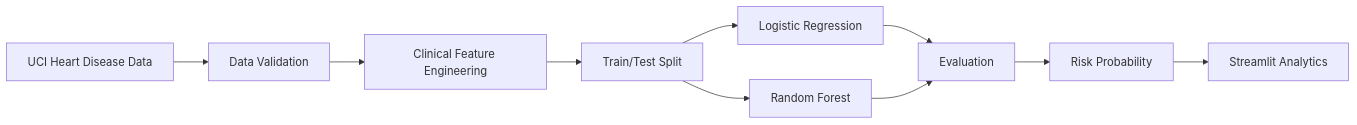
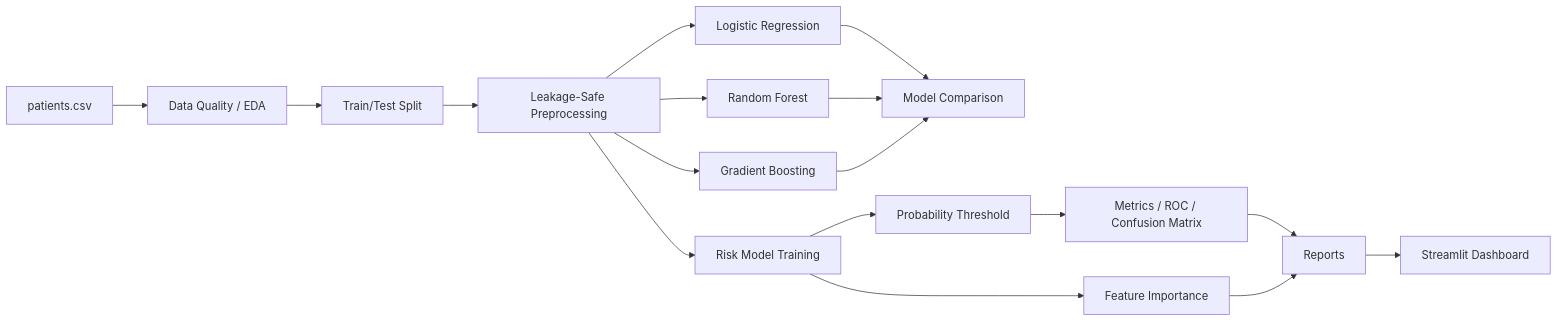
Before and after one commit to mahaveerreddysamala/healthcare-risk-analytics: the diagram in docs/architecture.md, drawn with Mermaid. The commit also changed other lines of this file, not shown here.

Commit message:
Align healthcare architecture documentation with pipeline

````diff
--- a/docs/architecture.md
+++ b/docs/architecture.md
@@ -3,12 +3,19 @@
 ```mermaid
 flowchart LR
-  A[UCI Heart Disease Data] --> B[Data Validation]
-  B --> C[Clinical Feature Engineering]
-  C --> D[Train/Test Split]
+  A[patients.csv] --> B[Data Quality / EDA]
+  B --> C[Train/Test Split]
+  C --> D[Leakage-Safe Preprocessing]
   D --> E[Logistic Regression]
   D --> F[Random Forest]
-  E --> G[Evaluation]
-  F --> G
-  G --> H[Risk Probability]
-  H --> I[Streamlit Analytics]
+  D --> G[Gradient Boosting]
+  E --> H[Model Comparison]
+  F --> H
+  G --> H
+  D --> I[Risk Model Training]
+  I --> J[Probability Threshold]
+  J --> K[Metrics / ROC / Confusion Matrix]
+  I --> L[Feature Importance]
+  K --> M[Reports]
+  L --> M
+  M --> N[Streamlit Dashboard]
 ```
````
